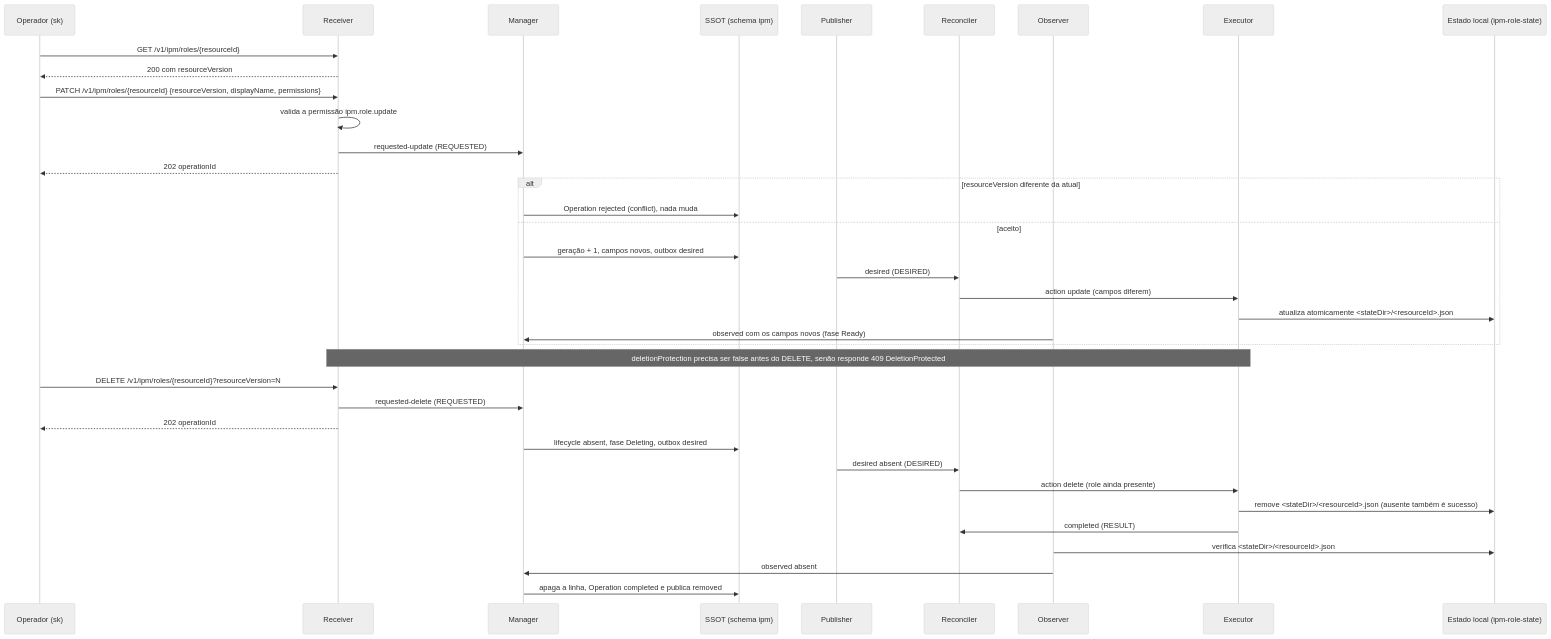
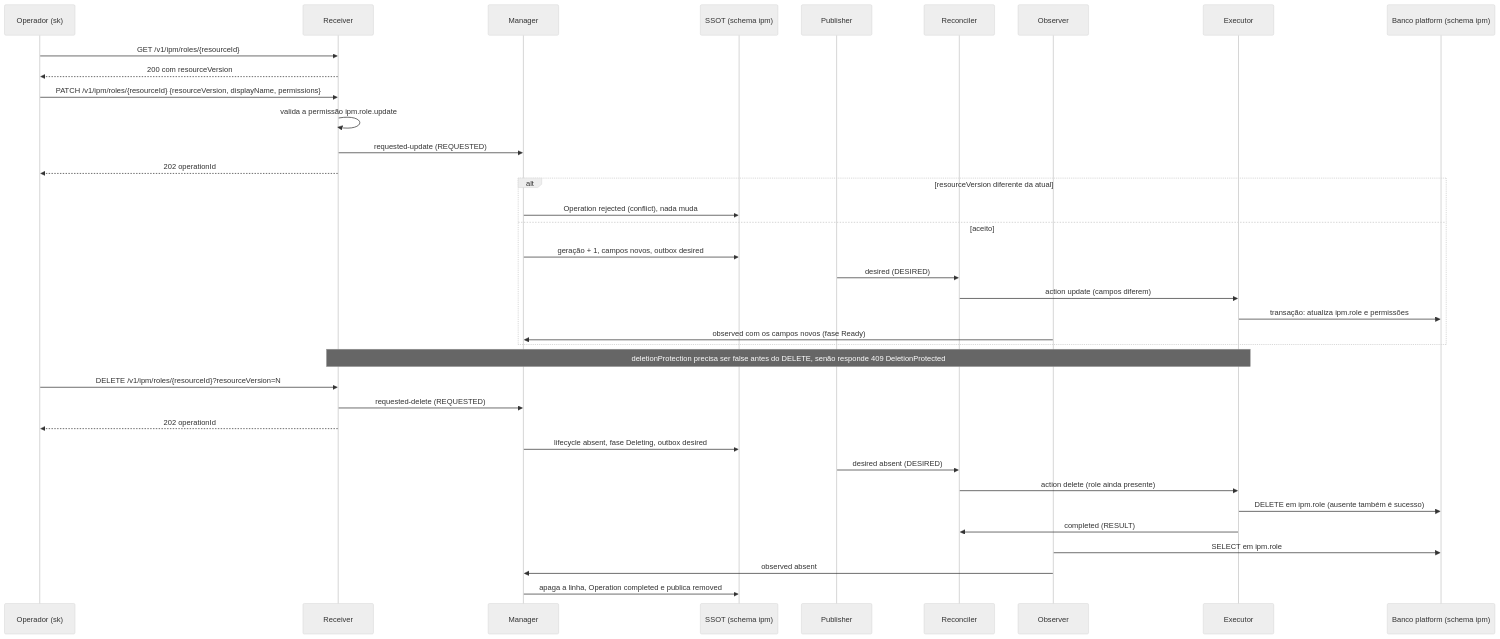
Before and after one commit to danielsabatini/smarkee: the diagram in features/ipm/role/docs/flow/03-atualizar-e-remover.mmd, drawn with Mermaid (neutral theme). The commit also changed 41 other files, not shown here.

Commit message:
feat(ipm): ipm/role usa o banco platform como plano de dados multi-tenant (decisao 0086)

```diff
--- a/features/ipm/role/docs/flow/03-atualizar-e-remover.mmd
+++ b/features/ipm/role/docs/flow/03-atualizar-e-remover.mmd
@@ -1,37 +1,37 @@
 sequenceDiagram
   participant U as Operador (sk)
   participant R as Receiver
   participant M as Manager
   participant DB as SSOT (schema ipm)
   participant P as Publisher
   participant REC as Reconciler
   participant OB as Observer
   participant EX as Executor
-  participant ST as Estado local (ipm-role-state)
+  participant ST as Banco platform (schema ipm)
   U->>R: GET /v1/ipm/roles/{resourceId}
   R-->>U: 200 com resourceVersion
   U->>R: PATCH /v1/ipm/roles/{resourceId} {resourceVersion, displayName, permissions}
   R->>R: valida a permissão ipm.role.update
   R->>M: requested-update (REQUESTED)
   R-->>U: 202 operationId
   alt resourceVersion diferente da atual
     M->>DB: Operation rejected (conflict), nada muda
   else aceito
     M->>DB: geração + 1, campos novos, outbox desired
     P->>REC: desired (DESIRED)
     REC->>EX: action update (campos diferem)
-    EX->>ST: atualiza atomicamente <stateDir>/<resourceId>.json
+    EX->>ST: transação: atualiza ipm.role e permissões
     OB->>M: observed com os campos novos (fase Ready)
   end
   Note over R,EX: deletionProtection precisa ser false antes do DELETE, senão responde 409 DeletionProtected
   U->>R: DELETE /v1/ipm/roles/{resourceId}?resourceVersion=N
   R->>M: requested-delete (REQUESTED)
   R-->>U: 202 operationId
   M->>DB: lifecycle absent, fase Deleting, outbox desired
   P->>REC: desired absent (DESIRED)
   REC->>EX: action delete (role ainda presente)
-  EX->>ST: remove <stateDir>/<resourceId>.json (ausente também é sucesso)
+  EX->>ST: DELETE em ipm.role (ausente também é sucesso)
   EX->>REC: completed (RESULT)
-  OB->>ST: verifica <stateDir>/<resourceId>.json
+  OB->>ST: SELECT em ipm.role
   OB->>M: observed absent
   M->>DB: apaga a linha, Operation completed e publica removed
```
